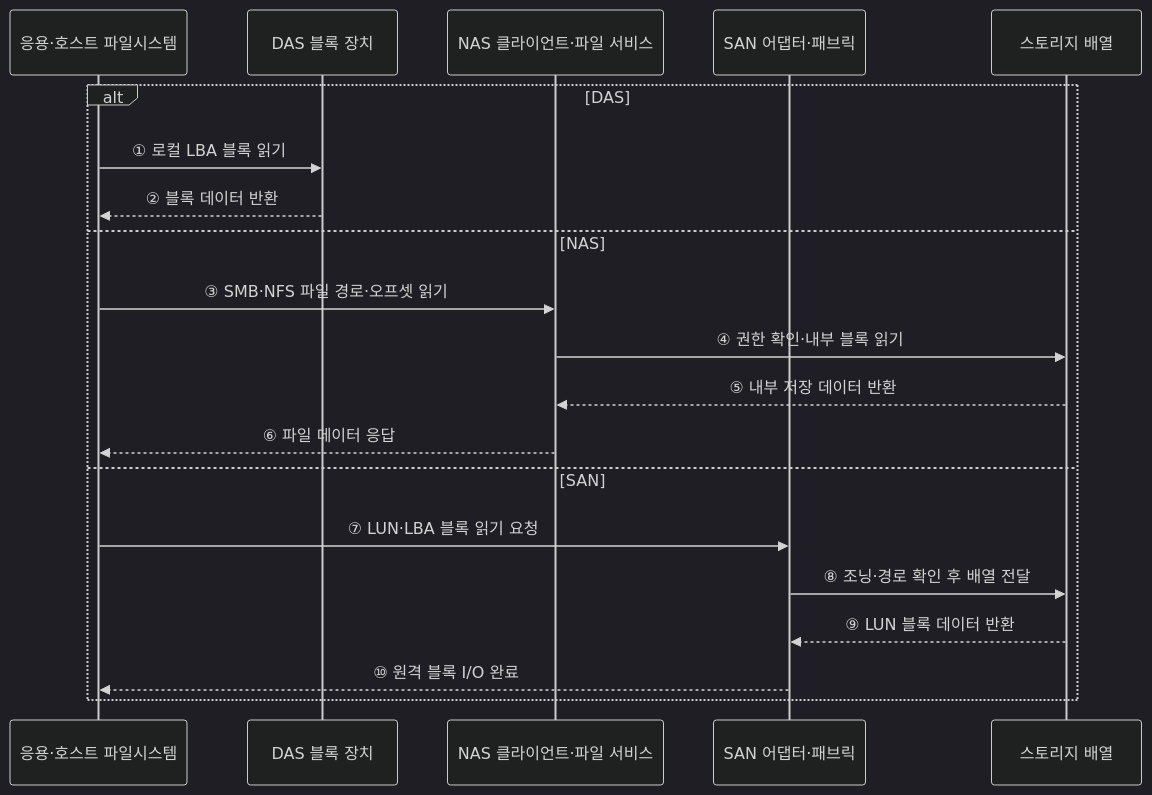
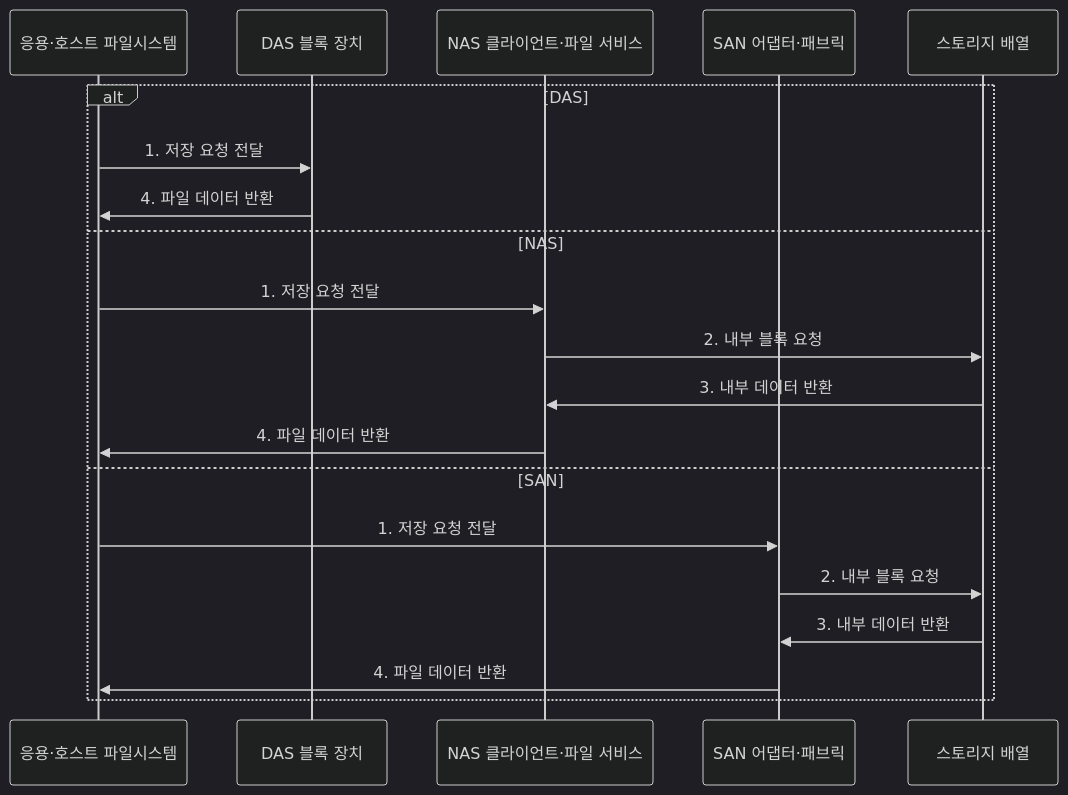
Before and after one commit to agnusdei1207/knowledge-base: the second of 2 diagrams in src/content/docs/notes/02-hardware/080_storage_das_nas_san.md, drawn with Mermaid (dark theme). The commit also changed other lines of this file and 20 other files, not shown here.

````diff
--- a/src/content/docs/notes/02-hardware/080_storage_das_nas_san.md
+++ b/src/content/docs/notes/02-hardware/080_storage_das_nas_san.md
@@ -87,23 +91,23 @@
 ```mermaid
 sequenceDiagram
     participant A as 응용·호스트 파일시스템
     participant D as DAS 블록 장치
     participant N as NAS 클라이언트·파일 서비스
     participant P as SAN 어댑터·패브릭
     participant S as 스토리지 배열
 
     alt DAS
-        A->>D: ① 로컬 LBA 블록 읽기
-        D-->>A: ② 블록 데이터 반환
+        A->>D: 1. 저장 요청 전달
+        D->>A: 4. 파일 데이터 반환
     else NAS
-        A->>N: ③ SMB·NFS 파일 경로·오프셋 읽기
-        N->>S: ④ 권한 확인·내부 블록 읽기
-        S-->>N: ⑤ 내부 저장 데이터 반환
-        N-->>A: ⑥ 파일 데이터 응답
+        A->>N: 1. 저장 요청 전달
+        N->>S: 2. 내부 블록 요청
+        S->>N: 3. 내부 데이터 반환
+        N->>A: 4. 파일 데이터 반환
     else SAN
-        A->>P: ⑦ LUN·LBA 블록 읽기 요청
-        P->>S: ⑧ 조닝·경로 확인 후 배열 전달
-        S-->>P: ⑨ LUN 블록 데이터 반환
-        P-->>A: ⑩ 원격 블록 I/O 완료
+        A->>P: 1. 저장 요청 전달
+        P->>S: 2. 내부 블록 요청
+        S->>P: 3. 내부 데이터 반환
+        P->>A: 4. 파일 데이터 반환
     end
 ```
````
